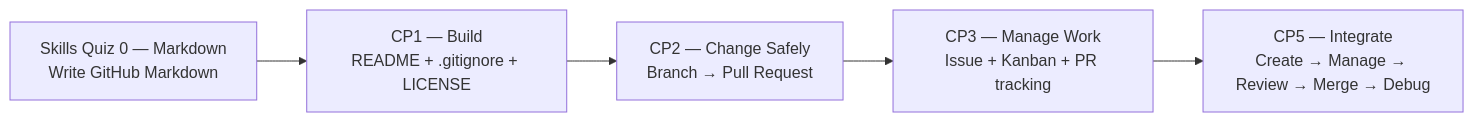
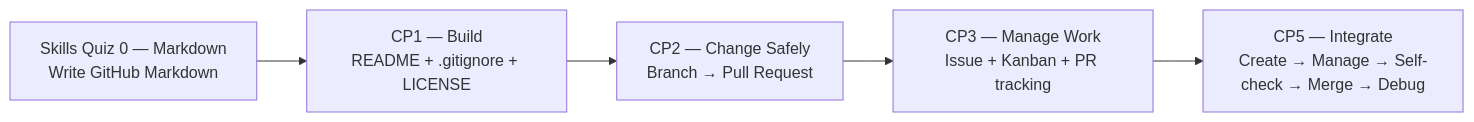
The diagram in README.md (KLIS-CS/GitHub-Foundations), drawn with Mermaid before and after one commit. The commit also changed other lines of this file, not shown here.

Commit message:
Align CP3 and CP5 with student self-check before merge

````diff
--- a/README.md
+++ b/README.md
@@ -27,7 +27,7 @@
 ```mermaid
 flowchart LR
     SQ0["Skills Quiz 0 — Markdown\nWrite GitHub Markdown"] --> CP1["CP1 — Build\nREADME + .gitignore + LICENSE"]
     CP1 --> CP2["CP2 — Change Safely\nBranch → Pull Request"]
     CP2 --> CP3["CP3 — Manage Work\nIssue + Kanban + PR tracking"]
-    CP3 --> CP5["CP5 — Integrate\nCreate → Manage → Review → Merge → Debug"]
+    CP3 --> CP5["CP5 — Integrate\nCreate → Manage → Self-check → Merge → Debug"]
 ```
````
